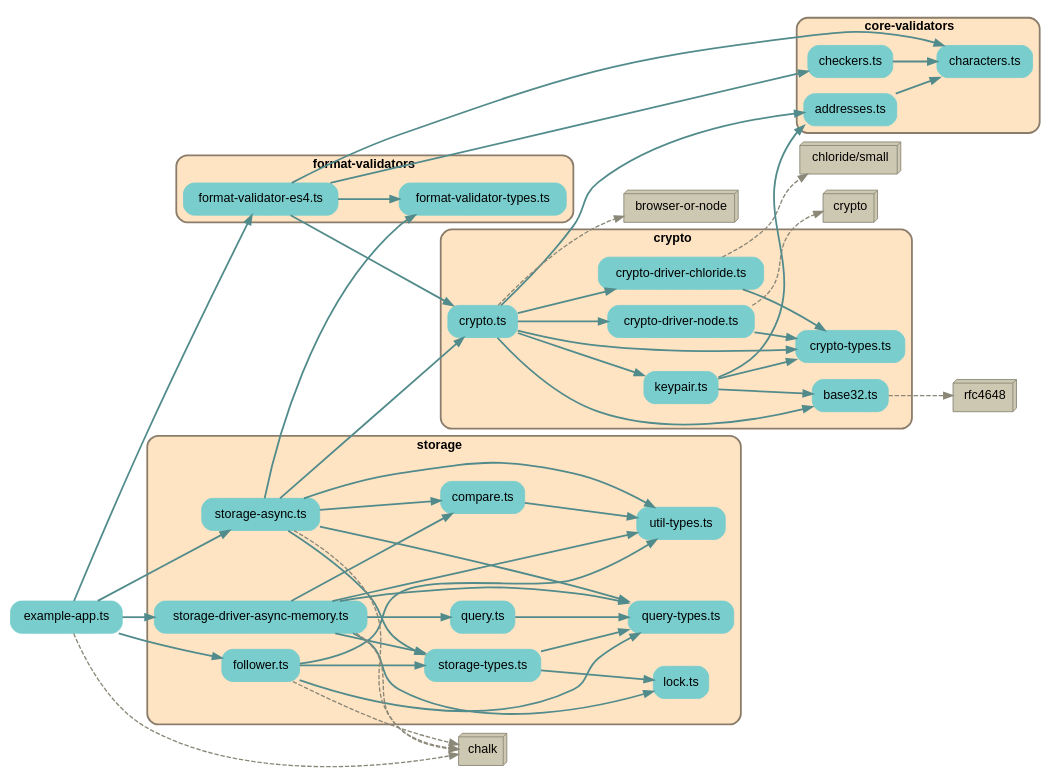
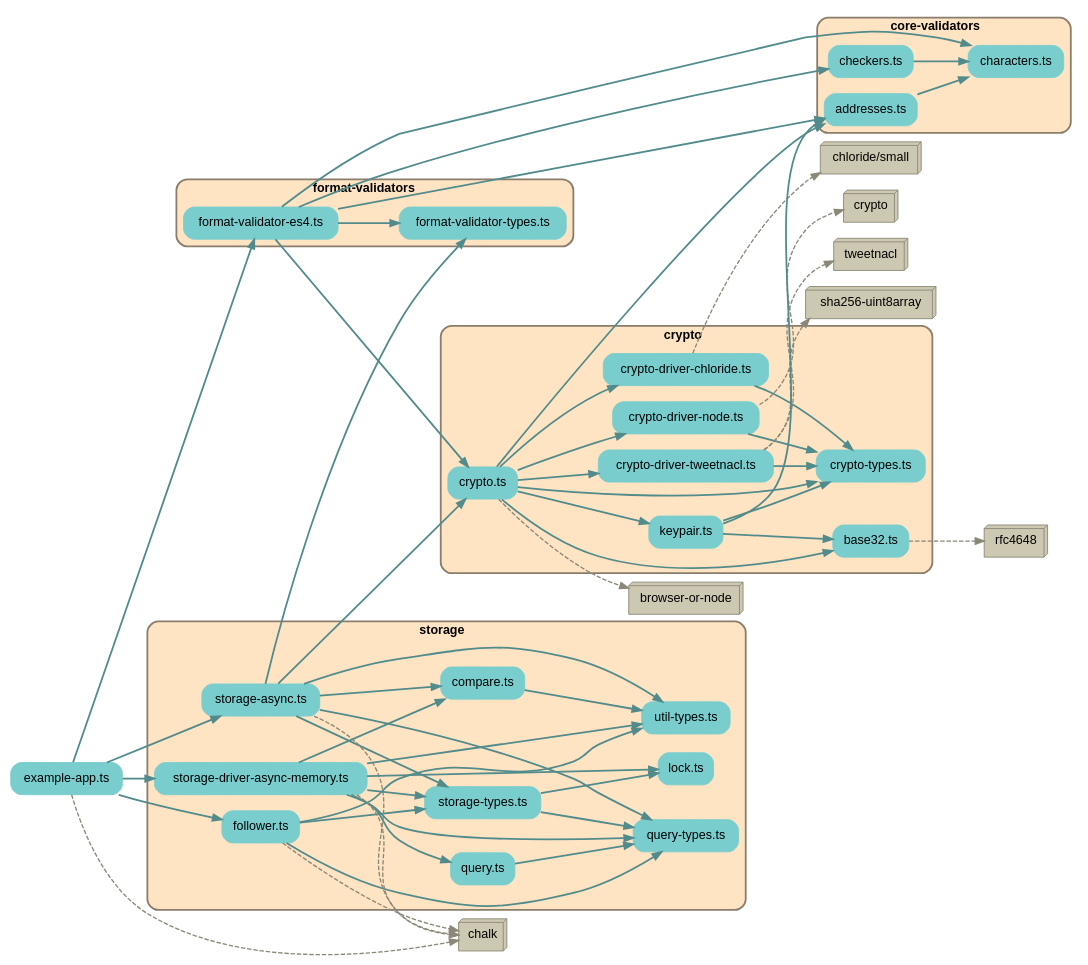
One commit to earthstar-project/earthstar changed the diagram in depchart/depchart-deps.dot. Above: the diagram before and after it, drawn with Graphviz. The commit also changed 9 other files, not shown here.

```diff
--- a/depchart/depchart-deps.dot
+++ b/depchart/depchart-deps.dot
@@ -1,131 +1,139 @@
 
 digraph G {
     //splines=line;
     //splines=polyline;
     splines=true;
     rankdir=LR;
     //newrank=true;
     compound=true;
     graph [fontname = "helvetica"];  // dpi=72
     node [fontname = "helvetica"];
     edge [fontname = "helvetica"];
     
     // files in their folder clusters
         "src/example-app.ts" [label="example-app.ts", shape=rectangle; style="rounded,filled"; color=darkslategray3];
 
-        subgraph cluster7305177396 {
+        subgraph cluster3865972271 {
             label=<<b>core-validators</b>>;
             style="rounded,filled";
             fillcolor=bisque;
             color=bisque4;
             penwidth=2;
                     
             "src/core-validators/addresses.ts" [label="addresses.ts", shape=rectangle; style="rounded,filled"; color=darkslategray3];
             "src/core-validators/characters.ts" [label="characters.ts", shape=rectangle; style="rounded,filled"; color=darkslategray3];
             "src/core-validators/checkers.ts" [label="checkers.ts", shape=rectangle; style="rounded,filled"; color=darkslategray3];
         }
 
-        subgraph cluster1749912301 {
+        subgraph cluster4066690945 {
             label=<<b>crypto</b>>;
             style="rounded,filled";
             fillcolor=bisque;
             color=bisque4;
             penwidth=2;
                     
             "src/crypto/base32.ts" [label="base32.ts", shape=rectangle; style="rounded,filled"; color=darkslategray3];
             "src/crypto/crypto-driver-chloride.ts" [label="crypto-driver-chloride.ts", shape=rectangle; style="rounded,filled"; color=darkslategray3];
             "src/crypto/crypto-driver-node.ts" [label="crypto-driver-node.ts", shape=rectangle; style="rounded,filled"; color=darkslategray3];
+            "src/crypto/crypto-driver-tweetnacl.ts" [label="crypto-driver-tweetnacl.ts", shape=rectangle; style="rounded,filled"; color=darkslategray3];
             "src/crypto/crypto-types.ts" [label="crypto-types.ts", shape=rectangle; style="rounded,filled"; color=darkslategray3];
             "src/crypto/crypto.ts" [label="crypto.ts", shape=rectangle; style="rounded,filled"; color=darkslategray3];
             "src/crypto/keypair.ts" [label="keypair.ts", shape=rectangle; style="rounded,filled"; color=darkslategray3];
         }
 
-        subgraph cluster4742442288 {
+        subgraph cluster6323728164 {
             label=<<b>format-validators</b>>;
             style="rounded,filled";
             fillcolor=bisque;
             color=bisque4;
             penwidth=2;
                     
             "src/format-validators/format-validator-es4.ts" [label="format-validator-es4.ts", shape=rectangle; style="rounded,filled"; color=darkslategray3];
             "src/format-validators/format-validator-types.ts" [label="format-validator-types.ts", shape=rectangle; style="rounded,filled"; color=darkslategray3];
         }
 
-        subgraph cluster6982376458 {
+        subgraph cluster3267087462 {
             label=<<b>storage</b>>;
             style="rounded,filled";
             fillcolor=bisque;
             color=bisque4;
             penwidth=2;
                     
             "src/storage/compare.ts" [label="compare.ts", shape=rectangle; style="rounded,filled"; color=darkslategray3];
             "src/storage/follower.ts" [label="follower.ts", shape=rectangle; style="rounded,filled"; color=darkslategray3];
             "src/storage/lock.ts" [label="lock.ts", shape=rectangle; style="rounded,filled"; color=darkslategray3];
             "src/storage/query-types.ts" [label="query-types.ts", shape=rectangle; style="rounded,filled"; color=darkslategray3];
             "src/storage/query.ts" [label="query.ts", shape=rectangle; style="rounded,filled"; color=darkslategray3];
             "src/storage/storage-async.ts" [label="storage-async.ts", shape=rectangle; style="rounded,filled"; color=darkslategray3];
             "src/storage/storage-driver-async-memory.ts" [label="storage-driver-async-memory.ts", shape=rectangle; style="rounded,filled"; color=darkslategray3];
             "src/storage/storage-types.ts" [label="storage-types.ts", shape=rectangle; style="rounded,filled"; color=darkslategray3];
             "src/storage/util-types.ts" [label="util-types.ts", shape=rectangle; style="rounded,filled"; color=darkslategray3];
         }
 
     // packages not in their own cluster
         "rfc4648" [shape=box3d, style=filled, fillcolor=cornsilk3, color=cornsilk4];
         "chloride/small" [shape=box3d, style=filled, fillcolor=cornsilk3, color=cornsilk4];
         "crypto" [shape=box3d, style=filled, fillcolor=cornsilk3, color=cornsilk4];
+        "tweetnacl" [shape=box3d, style=filled, fillcolor=cornsilk3, color=cornsilk4];
+        "sha256-uint8array" [shape=box3d, style=filled, fillcolor=cornsilk3, color=cornsilk4];
         "browser-or-node" [shape=box3d, style=filled, fillcolor=cornsilk3, color=cornsilk4];
         "chalk" [shape=box3d, style=filled, fillcolor=cornsilk3, color=cornsilk4];
 
     // edges between files
     "src/core-validators/addresses.ts" -> "src/core-validators/characters.ts" [penwidth=2; color=darkslategray4];
     "src/core-validators/checkers.ts" -> "src/core-validators/characters.ts" [penwidth=2; color=darkslategray4];
     "src/crypto/crypto-driver-chloride.ts" -> "src/crypto/crypto-types.ts" [penwidth=2; color=darkslategray4];
     "src/crypto/crypto-driver-node.ts" -> "src/crypto/crypto-types.ts" [penwidth=2; color=darkslategray4];
+    "src/crypto/crypto-driver-tweetnacl.ts" -> "src/crypto/crypto-types.ts" [penwidth=2; color=darkslategray4];
     "src/crypto/crypto.ts" -> "src/crypto/crypto-driver-chloride.ts" [penwidth=2; color=darkslategray4];
     "src/crypto/crypto.ts" -> "src/crypto/crypto-driver-node.ts" [penwidth=2; color=darkslategray4];
+    "src/crypto/crypto.ts" -> "src/crypto/crypto-driver-tweetnacl.ts" [penwidth=2; color=darkslategray4];
     "src/crypto/crypto.ts" -> "src/crypto/crypto-types.ts" [penwidth=2; color=darkslategray4];
     "src/crypto/crypto.ts" -> "src/crypto/base32.ts" [penwidth=2; color=darkslategray4];
     "src/crypto/crypto.ts" -> "src/crypto/keypair.ts" [penwidth=2; color=darkslategray4];
     "src/crypto/crypto.ts" -> "src/core-validators/addresses.ts" [penwidth=2; color=darkslategray4];
     "src/crypto/keypair.ts" -> "src/crypto/base32.ts" [penwidth=2; color=darkslategray4];
     "src/crypto/keypair.ts" -> "src/crypto/crypto-types.ts" [penwidth=2; color=darkslategray4];
     "src/crypto/keypair.ts" -> "src/core-validators/addresses.ts" [penwidth=2; color=darkslategray4];
     "src/example-app.ts" -> "src/format-validators/format-validator-es4.ts" [penwidth=2; color=darkslategray4];
     "src/example-app.ts" -> "src/storage/storage-driver-async-memory.ts" [penwidth=2; color=darkslategray4];
     "src/example-app.ts" -> "src/storage/storage-async.ts" [penwidth=2; color=darkslategray4];
     "src/example-app.ts" -> "src/storage/follower.ts" [penwidth=2; color=darkslategray4];
     "src/format-validators/format-validator-es4.ts" -> "src/format-validators/format-validator-types.ts" [penwidth=2; color=darkslategray4];
     "src/format-validators/format-validator-es4.ts" -> "src/core-validators/characters.ts" [penwidth=2; color=darkslategray4];
     "src/format-validators/format-validator-es4.ts" -> "src/core-validators/checkers.ts" [penwidth=2; color=darkslategray4];
+    "src/format-validators/format-validator-es4.ts" -> "src/core-validators/addresses.ts" [penwidth=2; color=darkslategray4];
     "src/format-validators/format-validator-es4.ts" -> "src/crypto/crypto.ts" [penwidth=2; color=darkslategray4];
     "src/storage/compare.ts" -> "src/storage/util-types.ts" [penwidth=2; color=darkslategray4];
     "src/storage/follower.ts" -> "src/storage/util-types.ts" [penwidth=2; color=darkslategray4];
     "src/storage/follower.ts" -> "src/storage/query-types.ts" [penwidth=2; color=darkslategray4];
     "src/storage/follower.ts" -> "src/storage/storage-types.ts" [penwidth=2; color=darkslategray4];
     "src/storage/query.ts" -> "src/storage/query-types.ts" [penwidth=2; color=darkslategray4];
     "src/storage/storage-async.ts" -> "src/storage/util-types.ts" [penwidth=2; color=darkslategray4];
     "src/storage/storage-async.ts" -> "src/storage/query-types.ts" [penwidth=2; color=darkslategray4];
     "src/storage/storage-async.ts" -> "src/storage/storage-types.ts" [penwidth=2; color=darkslategray4];
     "src/storage/storage-async.ts" -> "src/format-validators/format-validator-types.ts" [penwidth=2; color=darkslategray4];
     "src/storage/storage-async.ts" -> "src/storage/compare.ts" [penwidth=2; color=darkslategray4];
     "src/storage/storage-async.ts" -> "src/crypto/crypto.ts" [penwidth=2; color=darkslategray4];
     "src/storage/storage-driver-async-memory.ts" -> "src/storage/util-types.ts" [penwidth=2; color=darkslategray4];
     "src/storage/storage-driver-async-memory.ts" -> "src/storage/query-types.ts" [penwidth=2; color=darkslategray4];
     "src/storage/storage-driver-async-memory.ts" -> "src/storage/storage-types.ts" [penwidth=2; color=darkslategray4];
     "src/storage/storage-driver-async-memory.ts" -> "src/storage/compare.ts" [penwidth=2; color=darkslategray4];
     "src/storage/storage-driver-async-memory.ts" -> "src/storage/query.ts" [penwidth=2; color=darkslategray4];
     "src/storage/storage-driver-async-memory.ts" -> "src/storage/lock.ts" [penwidth=2; color=darkslategray4];
     "src/storage/storage-types.ts" -> "src/storage/query-types.ts" [penwidth=2; color=darkslategray4];
     "src/storage/storage-types.ts" -> "src/storage/lock.ts" [penwidth=2; color=darkslategray4];
 
     // edges from files to packages
     "src/crypto/base32.ts" -> "rfc4648" [penwidth=1.5; style=dashed, color=cornsilk4, weight=1];
     "src/crypto/crypto-driver-chloride.ts" -> "chloride/small" [penwidth=1.5; style=dashed, color=cornsilk4, weight=1];
     "src/crypto/crypto-driver-node.ts" -> "crypto" [penwidth=1.5; style=dashed, color=cornsilk4, weight=1];
+    "src/crypto/crypto-driver-tweetnacl.ts" -> "tweetnacl" [penwidth=1.5; style=dashed, color=cornsilk4, weight=1];
+    "src/crypto/crypto-driver-tweetnacl.ts" -> "sha256-uint8array" [penwidth=1.5; style=dashed, color=cornsilk4, weight=1];
     "src/crypto/crypto.ts" -> "browser-or-node" [penwidth=1.5; style=dashed, color=cornsilk4, weight=1];
     "src/example-app.ts" -> "chalk" [penwidth=1.5; style=dashed, color=cornsilk4, weight=1];
     "src/storage/follower.ts" -> "chalk" [penwidth=1.5; style=dashed, color=cornsilk4, weight=1];
     "src/storage/storage-async.ts" -> "chalk" [penwidth=1.5; style=dashed, color=cornsilk4, weight=1];
     "src/storage/storage-driver-async-memory.ts" -> "chalk" [penwidth=1.5; style=dashed, color=cornsilk4, weight=1];
 
 }
```
